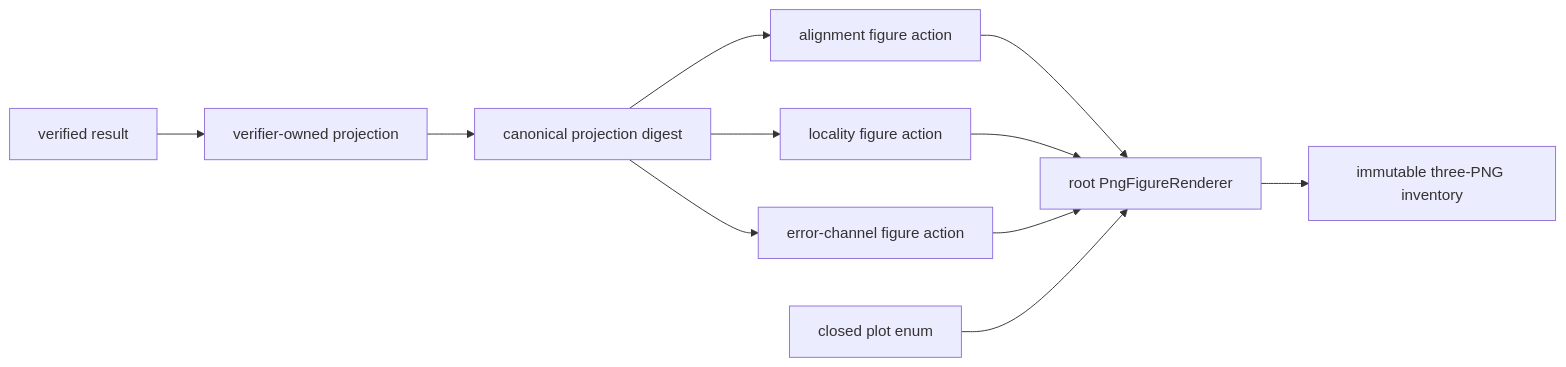
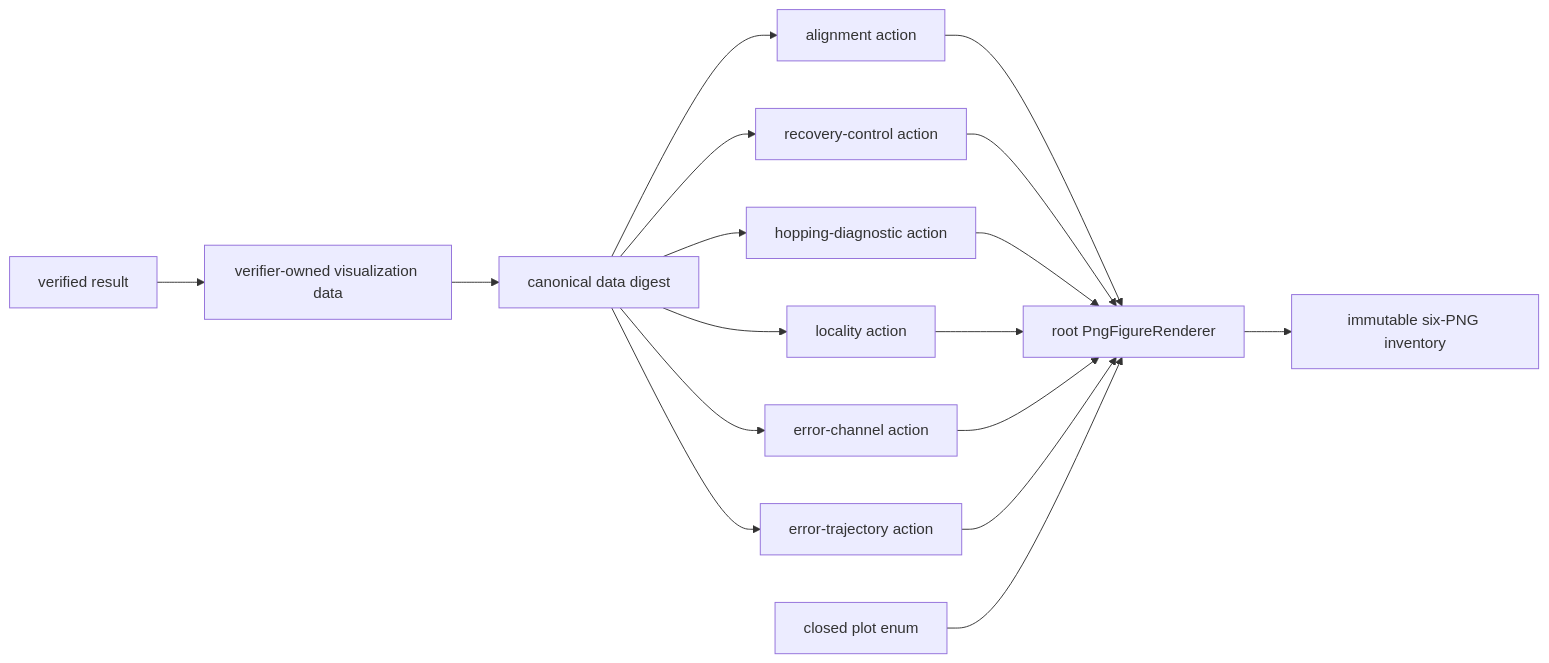
One commit to eragasa/ksdft2effmass changed the diagram in docs/architecture/v3/ksdft2effmass/periodic1d/rank2/band_alignment/composite/visualizations/schematics.md. Above: the diagram before and after it, drawn with Mermaid. The commit also changed 157 other files, not shown here.

Commit message:
refactor(periodic1d): retain typed locality and figure evidence

````diff
--- a/docs/architecture/v3/ksdft2effmass/periodic1d/rank2/band_alignment/composite/visualizations/schematics.md
+++ b/docs/architecture/v3/ksdft2effmass/periodic1d/rank2/band_alignment/composite/visualizations/schematics.md
@@ -3,13 +3,19 @@
 ```mermaid
 flowchart LR
-    R[verified result] --> P[verifier-owned projection]
-    P --> D[canonical projection digest]
-    D --> A[alignment figure action]
-    D --> L[locality figure action]
-    D --> C[error-channel figure action]
+    R[verified result] --> P[verifier-owned visualization data]
+    P --> D[canonical data digest]
+    D --> A[alignment action]
+    D --> X[recovery-control action]
+    D --> H[hopping-diagnostic action]
+    D --> L[locality action]
+    D --> C[error-channel action]
+    D --> T[error-trajectory action]
     A --> G[root PngFigureRenderer]
+    X --> G
+    H --> G
     L --> G
     C --> G
+    T --> G
     E[closed plot enum] --> G
-    G --> I[immutable three-PNG inventory]
+    G --> I[immutable six-PNG inventory]
 ```
````
